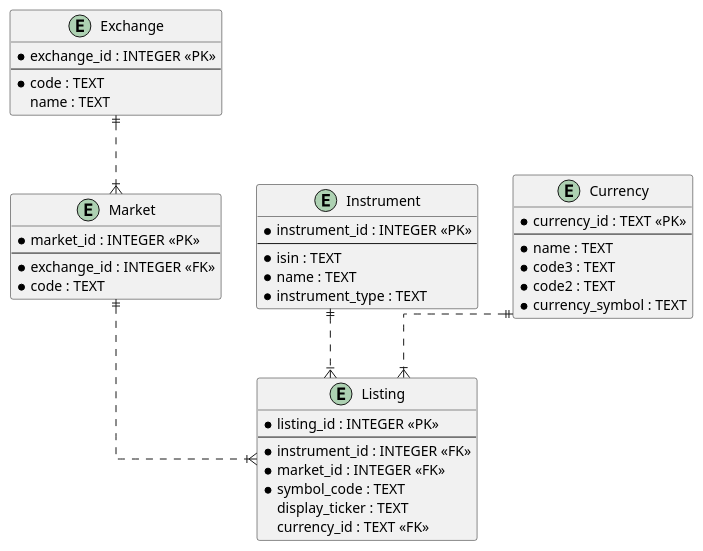
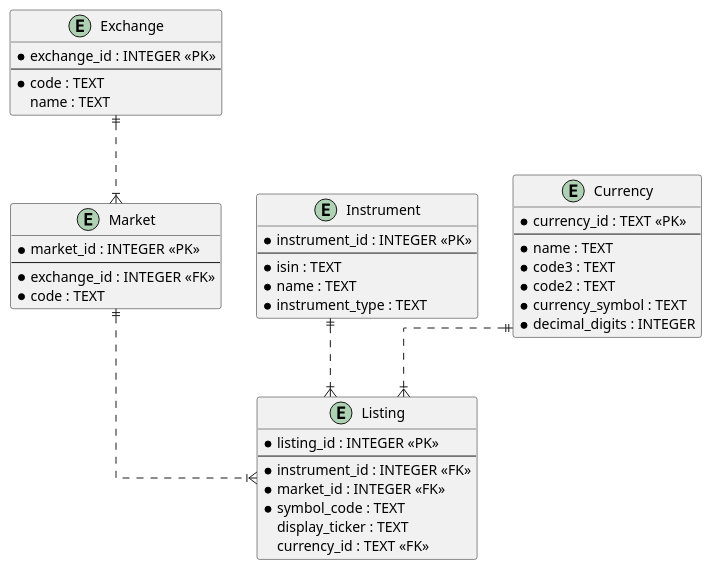
Before and after one commit to jasset75/symb0l: the diagram in doc/diagrams/data_model.puml, drawn with PlantUML. The commit also changed 10 other files, not shown here.

First line of the commit message:
feat: add G10 currency seeds with decimal_digits field

```diff
--- a/doc/diagrams/data_model.puml
+++ b/doc/diagrams/data_model.puml
@@ -1,49 +1,50 @@
 @startuml DataModel
 skinparam linetype ortho
 
 entity "Exchange" as exchange {
   *exchange_id : INTEGER <<PK>>
   --
   *code : TEXT
   name : TEXT
 }
 
 entity "Market" as market {
   *market_id : INTEGER <<PK>>
   --
   *exchange_id : INTEGER <<FK>>
   *code : TEXT
 }
 
 entity "Instrument" as instrument {
   *instrument_id : INTEGER <<PK>>
   --
   *isin : TEXT
   *name : TEXT
   *instrument_type : TEXT
 }
 
 entity "Listing" as listing {
   *listing_id : INTEGER <<PK>>
   --
   *instrument_id : INTEGER <<FK>>
   *market_id : INTEGER <<FK>>
   *symbol_code : TEXT
   display_ticker : TEXT
   currency_id : TEXT <<FK>>
 }
 
 entity "Currency" as currency {
   *currency_id : TEXT <<PK>>
   --
   *name : TEXT
   *code3 : TEXT
   *code2 : TEXT
   *currency_symbol : TEXT
+  *decimal_digits : INTEGER
 }
 
 exchange ||..|{ market
 market ||..|{ listing
 instrument ||..|{ listing
 currency ||..|{ listing
 @enduml
```
